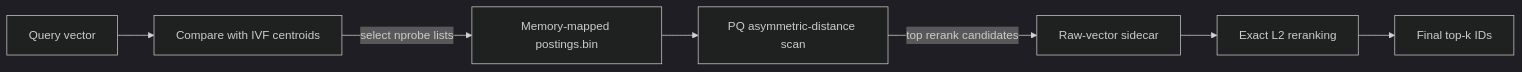
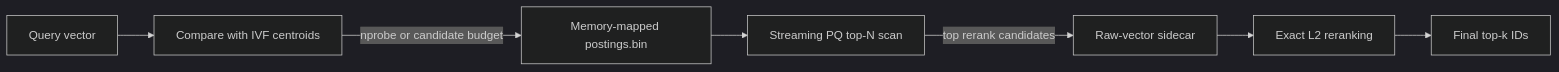
One commit to Kshitijmishradev/VectorDB changed the diagram in README.md. Above: the diagram before and after it, drawn with Mermaid (dark theme). The commit also changed other lines of this file, not shown here.

````diff
--- a/README.md
+++ b/README.md
@@ -75,9 +160,9 @@
 ```mermaid
 flowchart LR
     A[Query vector] --> B[Compare with IVF centroids]
-    B -->|select nprobe lists| C[Memory-mapped postings.bin]
-    C --> D[PQ asymmetric-distance scan]
+    B -->|nprobe or candidate budget| C[Memory-mapped postings.bin]
+    C --> D[Streaming PQ top-N scan]
     D -->|top rerank candidates| E[Raw-vector sidecar]
     E --> F[Exact L2 reranking]
     F --> G[Final top-k IDs]
 ```
````
